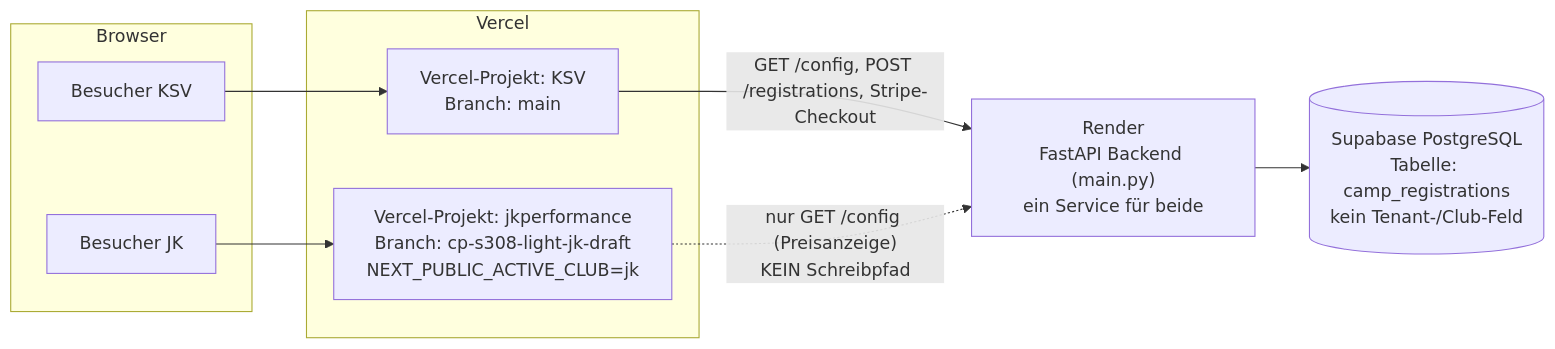
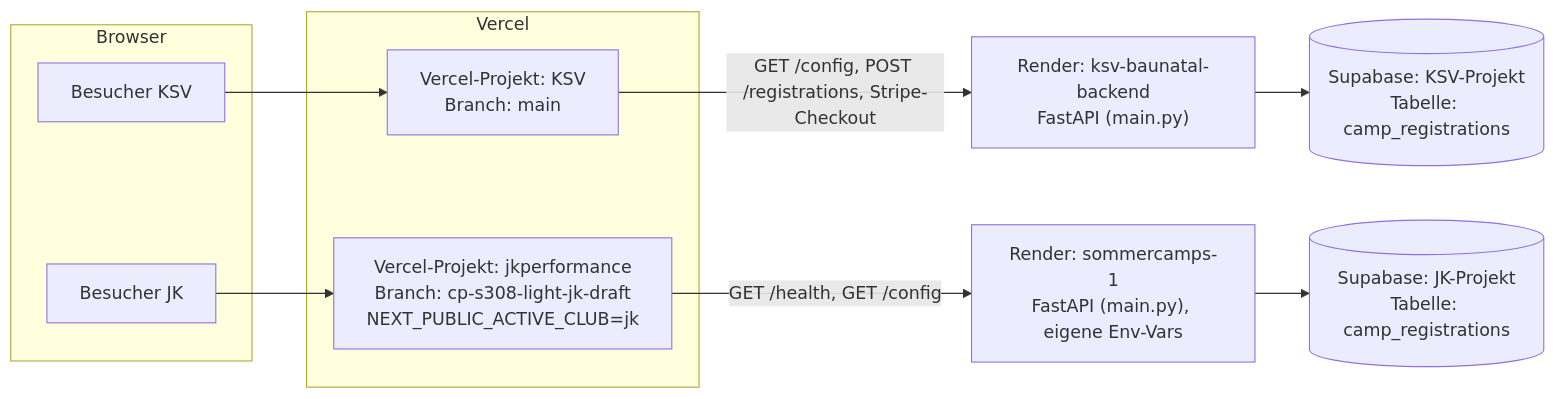
One commit to serkandurna48-oss/Sommercamps changed the diagram in docs/architecture/system-overview.md. Above: the diagram before and after it, drawn with Mermaid. The commit also changed other lines of this file and 2 other files, not shown here.

````diff
--- a/docs/architecture/system-overview.md
+++ b/docs/architecture/system-overview.md
@@ -17,21 +17,24 @@
 ```mermaid
 flowchart LR
     subgraph Browser
         U1["Besucher KSV"]
         U2["Besucher JK"]
     end
 
     subgraph Vercel
         VK["Vercel-Projekt: KSV<br/>Branch: main"]
         VJ["Vercel-Projekt: jkperformance<br/>Branch: cp-s308-light-jk-draft<br/>NEXT_PUBLIC_ACTIVE_CLUB=jk"]
     end
 
-    R["Render<br/>FastAPI Backend (main.py)<br/>ein Service für beide"]
-    S[("Supabase PostgreSQL<br/>Tabelle: camp_registrations<br/>kein Tenant-/Club-Feld")]
+    RK["Render: ksv-baunatal-backend<br/>FastAPI (main.py)"]
+    RJ["Render: sommercamps-1<br/>FastAPI (main.py), eigene Env-Vars"]
+    SK[("Supabase: KSV-Projekt<br/>Tabelle: camp_registrations")]
+    SJ[("Supabase: JK-Projekt<br/>Tabelle: camp_registrations")]
 
     U1 --> VK
     U2 --> VJ
-    VK -->|"GET /config, POST /registrations, Stripe-Checkout"| R
-    VJ -.->|"nur GET /config (Preisanzeige)<br/>KEIN Schreibpfad"| R
-    R --> S
+    VK -->|"GET /config, POST /registrations, Stripe-Checkout"| RK
+    VJ -->|"GET /health, GET /config"| RJ
+    RK --> SK
+    RJ --> SJ
 ```
````
